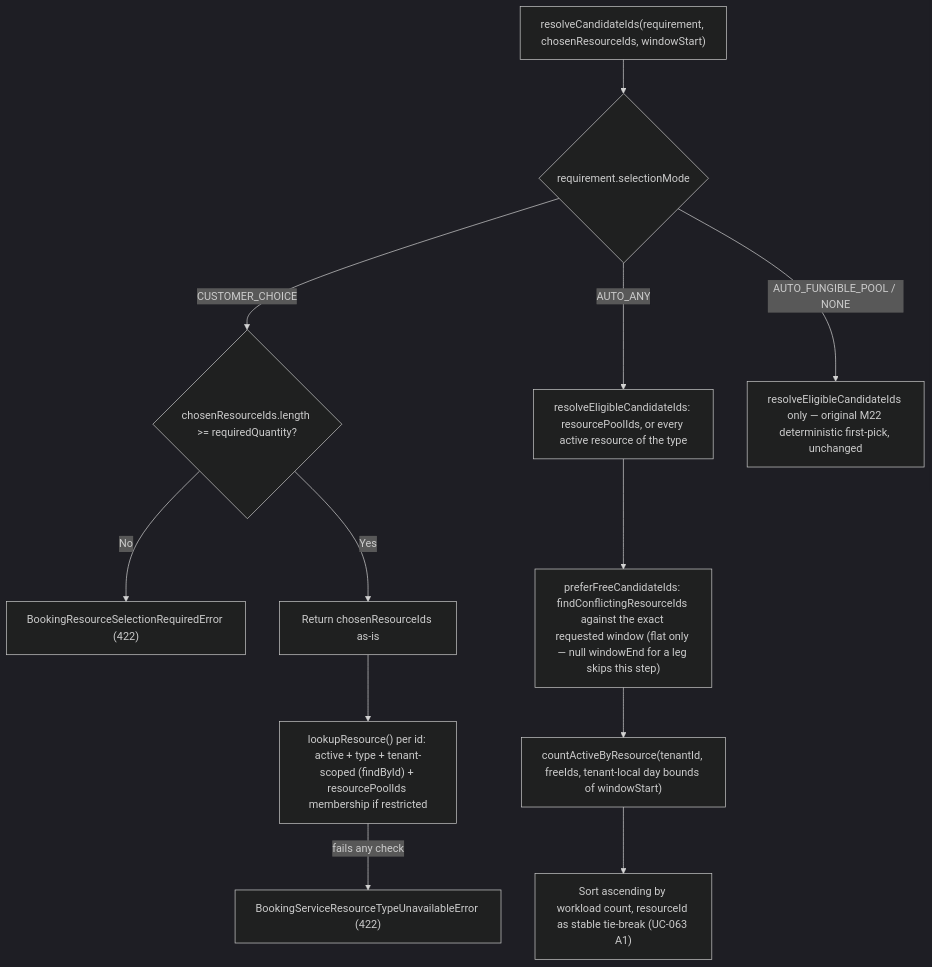
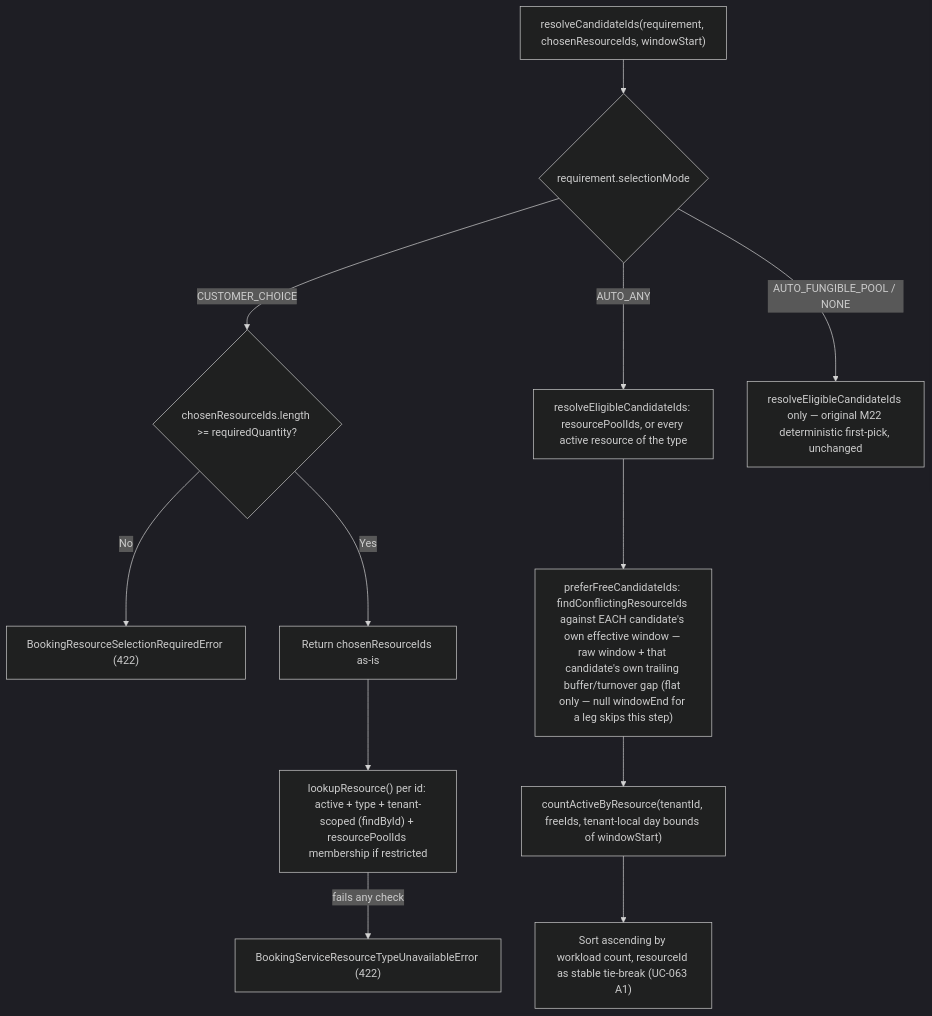
Before and after one commit to lmmoreira/ikaro: the second of 3 diagrams in docs/27-BUSINESS_LOGIC_REFERENCE.md, drawn with Mermaid (dark theme). The commit also changed other lines of this file and 3 other files, not shown here.

First line of the commit message:
fix(booking): AUTO_ANY availability check covers each resource's own trailing gap (M23-S01)

````diff
--- a/docs/27-BUSINESS_LOGIC_REFERENCE.md
+++ b/docs/27-BUSINESS_LOGIC_REFERENCE.md
@@ -74,16 +74,16 @@
 ```mermaid
 flowchart TD
   A["resolveCandidateIds(requirement, chosenResourceIds, windowStart)"] --> B{"requirement.selectionMode"}
   B -->|CUSTOMER_CHOICE| C{"chosenResourceIds.length >= requiredQuantity?"}
   C -->|No| D["BookingResourceSelectionRequiredError (422)"]
   C -->|Yes| E["Return chosenResourceIds as-is"]
   E --> F["lookupResource() per id: active + type + tenant-scoped (findById) + resourcePoolIds membership if restricted"]
   F -->|fails any check| G["BookingServiceResourceTypeUnavailableError (422)"]
 
   B -->|AUTO_ANY| H["resolveEligibleCandidateIds: resourcePoolIds, or every active resource of the type"]
-  H --> H2["preferFreeCandidateIds: findConflictingResourceIds against the exact requested window (flat only — null windowEnd for a leg skips this step)"]
+  H --> H2["preferFreeCandidateIds: findConflictingResourceIds against EACH candidate's own effective window — raw window + that candidate's own trailing buffer/turnover gap (flat only — null windowEnd for a leg skips this step)"]
   H2 --> I["countActiveByResource(tenantId, freeIds, tenant-local day bounds of windowStart)"]
   I --> J["Sort ascending by workload count, resourceId as stable tie-break (UC-063 A1)"]
 
   B -->|AUTO_FUNGIBLE_POOL / NONE| K["resolveEligibleCandidateIds only — original M22 deterministic first-pick, unchanged"]
 ```
````
